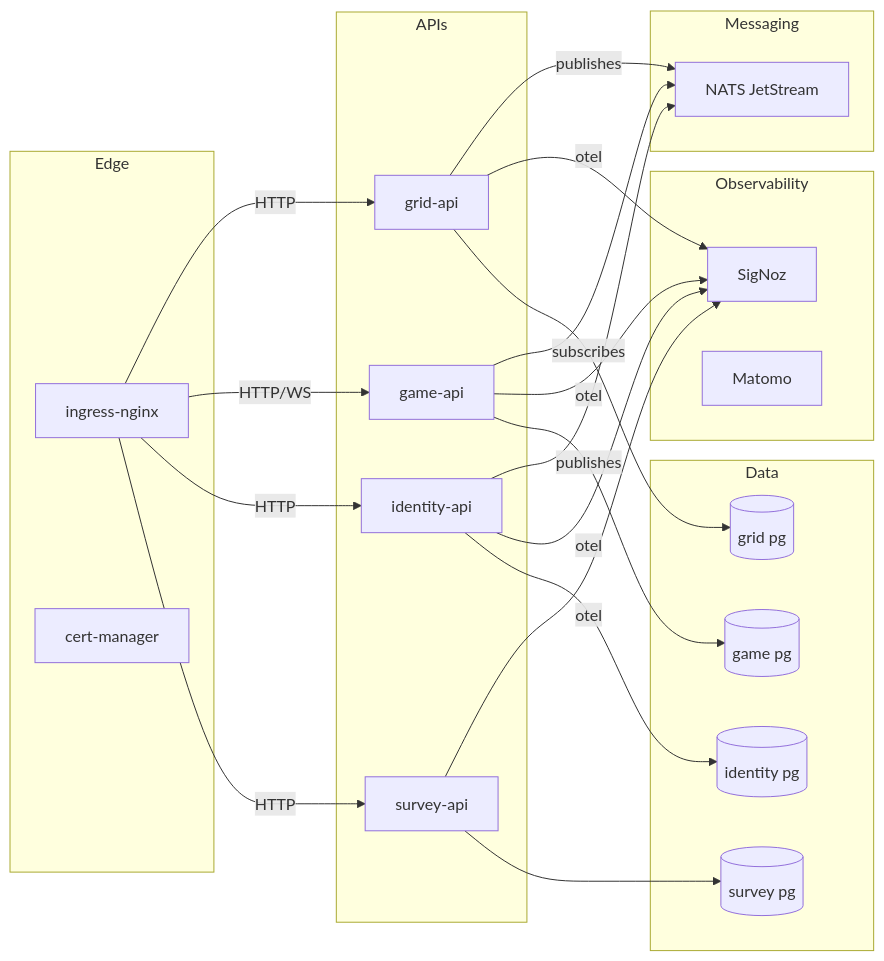
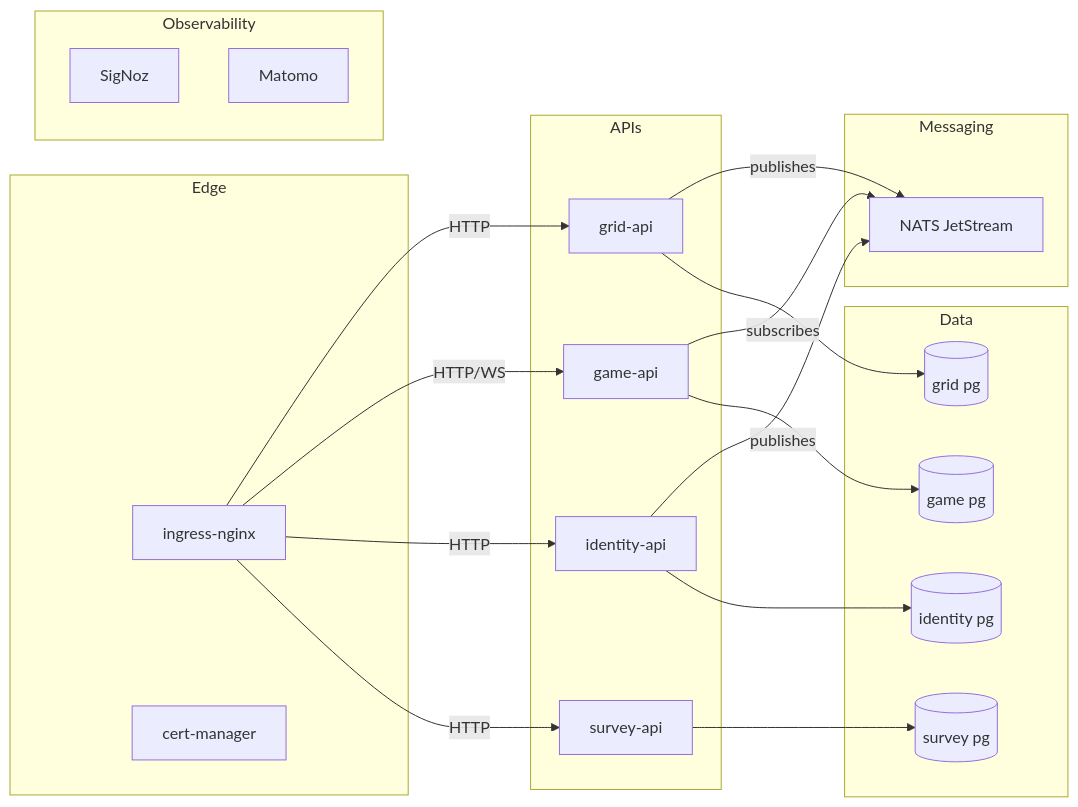
Before and after one commit to Ishou/wordsparrow: the first of 5 diagrams in README.md, drawn with Mermaid. The commit also changed other lines of this file and 6 other files, not shown here.

First line of the commit message:
feat(infra-diagrams): add observability target chart and declutter cluster/flow

````diff
--- a/README.md
+++ b/README.md
@@ -60,41 +60,37 @@
 ```mermaid
 flowchart LR
   subgraph Edge
     ingress["ingress-nginx"]
     certmanager["cert-manager"]
   end
   subgraph APIs
     grid["grid-api"]
     game["game-api"]
     identity["identity-api"]
     survey["survey-api"]
   end
   subgraph Messaging
     nats["NATS JetStream"]
   end
   subgraph Observability
     signoz["SigNoz"]
     matomo["Matomo"]
   end
   subgraph Data
     gridDB[("grid pg")]
     gameDB[("game pg")]
     identityDB[("identity pg")]
     surveyDB[("survey pg")]
   end
   ingress -->|HTTP| grid
   ingress -->|HTTP/WS| game
   ingress -->|HTTP| identity
   ingress -->|HTTP| survey
   grid -->|publishes| nats
   identity -->|publishes| nats
   game -->|subscribes| nats
-  grid -->|otel| signoz
-  game -->|otel| signoz
-  identity -->|otel| signoz
-  survey -->|otel| signoz
   grid --> gridDB
   game --> gameDB
   identity --> identityDB
   survey --> surveyDB
 ```
````
